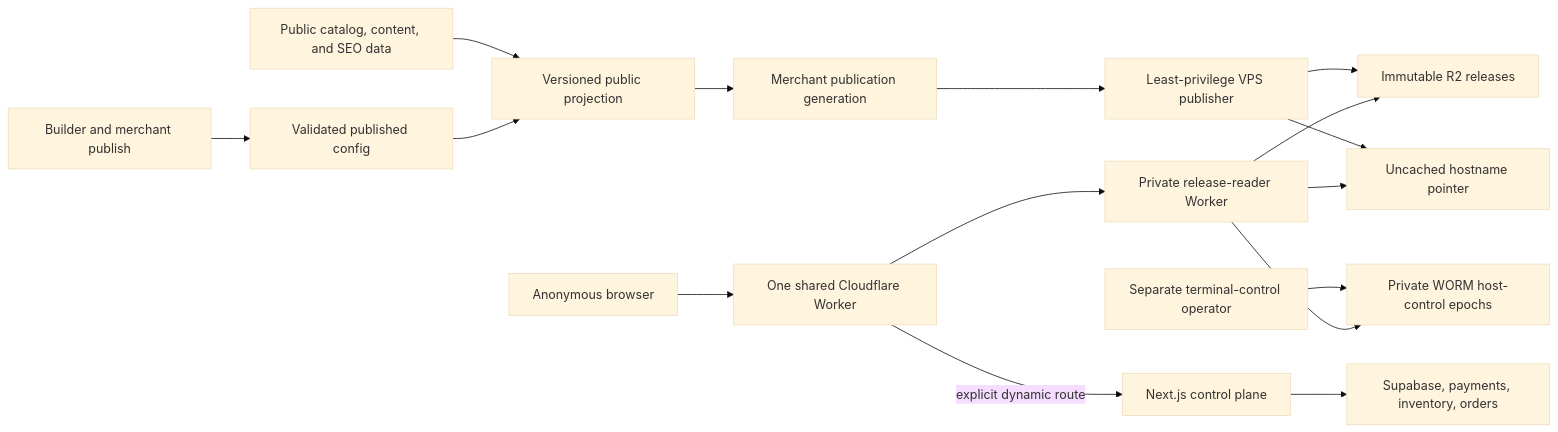
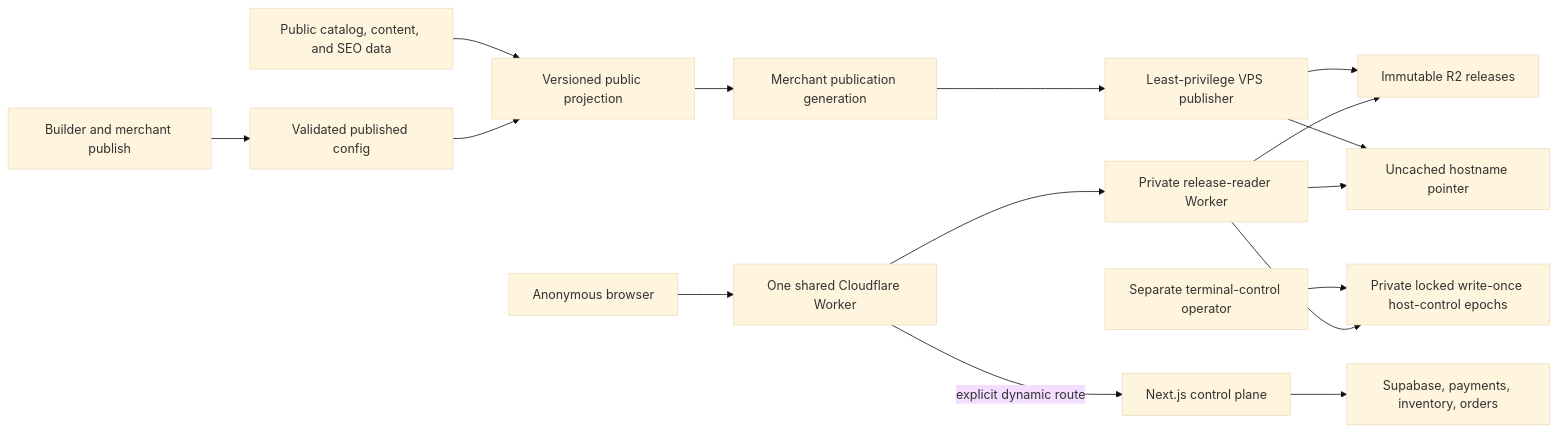
One commit to Ogabassey-Services-Limited/Baci changed the diagram in docs/superpowers/plans/2026-08-05-multi-tenant-edge-storefront-delivery.md. Above: the diagram before and after it, drawn with Mermaid (base theme). The commit also changed other lines of this file, not shown here.

````diff
--- a/docs/superpowers/plans/2026-08-05-multi-tenant-edge-storefront-delivery.md
+++ b/docs/superpowers/plans/2026-08-05-multi-tenant-edge-storefront-delivery.md
@@ -44,18 +44,18 @@
 ```mermaid
 flowchart LR
   Builder["Builder and merchant publish"] --> Published["Validated published config"]
   Catalog["Public catalog, content, and SEO data"] --> Projection["Versioned public projection"]
   Published --> Projection
   Projection --> Queue["Merchant publication generation"]
   Queue --> Publisher["Least-privilege VPS publisher"]
   Publisher --> Releases["Immutable R2 releases"]
   Publisher --> Pointer["Uncached hostname pointer"]
-  Terminal["Separate terminal-control operator"] --> Control["Private WORM host-control epochs"]
+  Terminal["Separate terminal-control operator"] --> Control["Private locked write-once host-control epochs"]
   Browser["Anonymous browser"] --> Worker["One shared Cloudflare Worker"]
   Worker --> Reader["Private release-reader Worker"]
   Reader --> Control
   Reader --> Pointer
   Reader --> Releases
   Worker -->|"explicit dynamic route"| Origin["Next.js control plane"]
   Origin --> Commerce["Supabase, payments, inventory, orders"]
 ```
````
